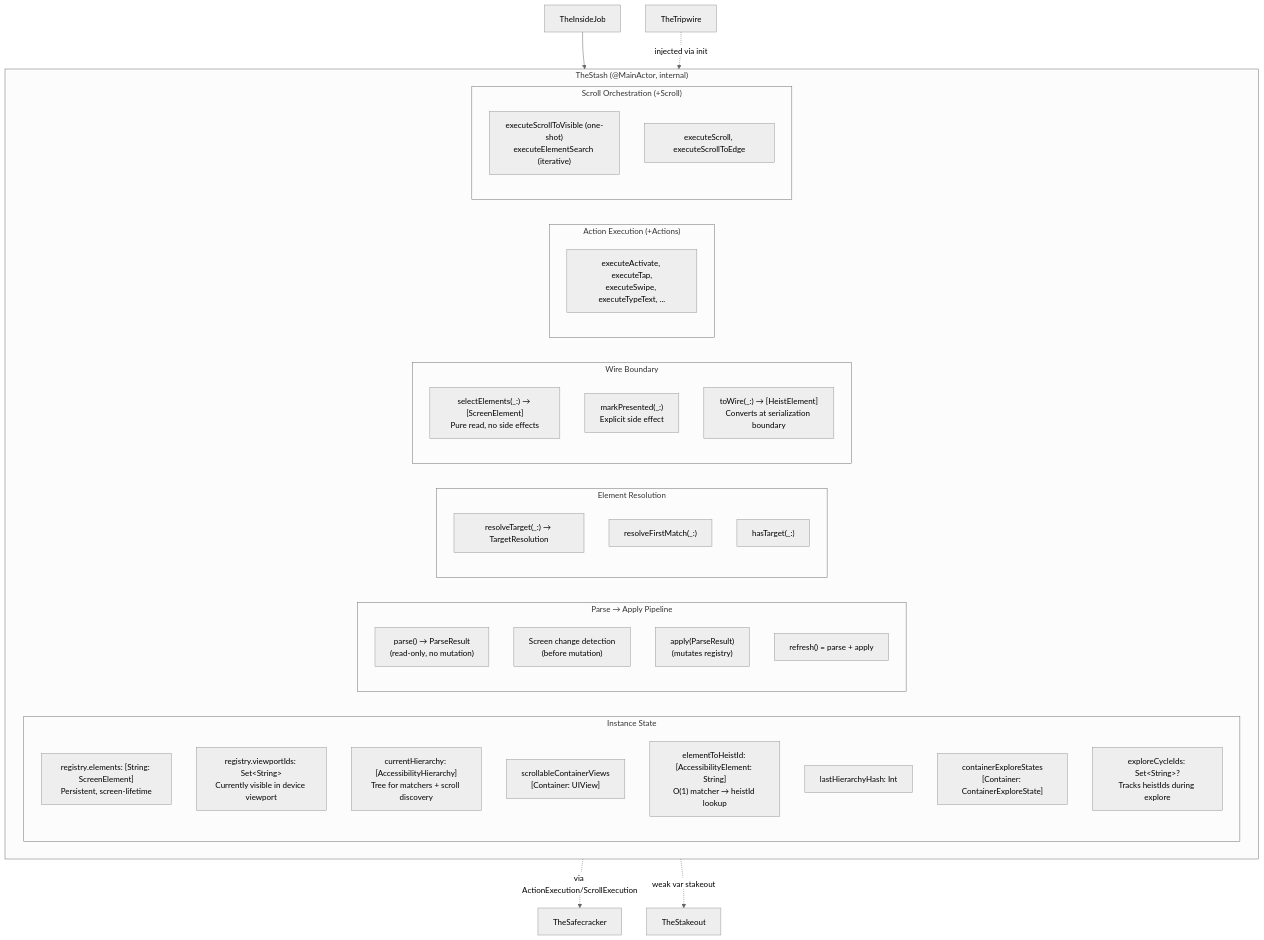
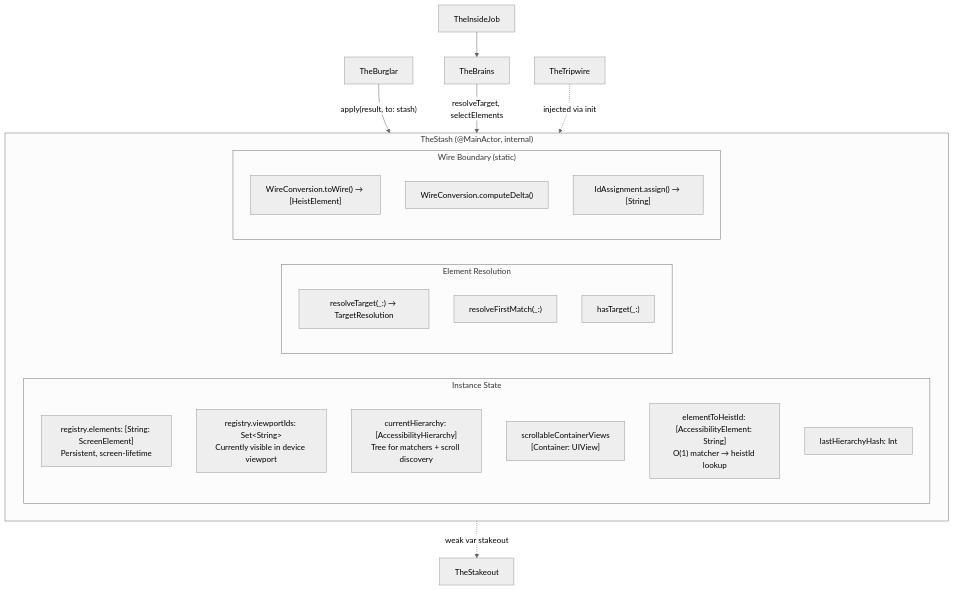
The second of 4 diagrams in docs/dossiers/13-THESTASH.md (RoyalPineapple/TheButtonHeist), drawn with Mermaid (neutral theme) before and after one commit. The commit also changed other lines of this file and 13 other files, not shown here.

````diff
--- a/docs/dossiers/13-THESTASH.md
+++ b/docs/dossiers/13-THESTASH.md
@@ -66,48 +78,31 @@
 ```mermaid
 graph TD
     subgraph TheStash["TheStash (@MainActor, internal)"]
         subgraph Stores["Instance State"]
             Registry["registry.elements: [String: ScreenElement]<br/>Persistent, screen-lifetime"]
             Viewport["registry.viewportIds: Set&lt;String&gt;<br/>Currently visible in device viewport"]
             Hierarchy["currentHierarchy: [AccessibilityHierarchy]<br/>Tree for matchers + scroll discovery"]
             ScrollViews["scrollableContainerViews<br/>[Container: UIView]"]
             ReverseIdx["elementToHeistId: [AccessibilityElement: String]<br/>O(1) matcher → heistId lookup"]
             Hash["lastHierarchyHash: Int"]
-            ContainerCache["containerExploreStates<br/>[Container: ContainerExploreState]"]
-            ExploreCycle["exploreCycleIds: Set&lt;String&gt;?<br/>Tracks heistIds during explore"]
-        end
-
-        subgraph Pipeline["Parse → Apply Pipeline"]
-            Parse["parse() → ParseResult<br/>(read-only, no mutation)"]
-            Detect["Screen change detection<br/>(before mutation)"]
-            Apply["apply(ParseResult)<br/>(mutates registry)"]
-            Refresh["refresh() = parse + apply"]
         end
 
         subgraph Resolution["Element Resolution"]
             ResolveTarget["resolveTarget(_:) → TargetResolution"]
             ResolveFirstMatch["resolveFirstMatch(_:)"]
             HasTarget["hasTarget(_:)"]
         end
 
-        subgraph Wire["Wire Boundary"]
-            Select["selectElements(_:) → [ScreenElement]<br/>Pure read, no side effects"]
-            Mark["markPresented(_:)<br/>Explicit side effect"]
-            ToWire["toWire(_:) → [HeistElement]<br/>Converts at serialization boundary"]
-        end
-
-        subgraph Actions["Action Execution (+Actions)"]
-            Activate["executeActivate, executeTap,<br/>executeSwipe, executeTypeText, ..."]
-        end
-
-        subgraph Scrolling["Scroll Orchestration (+Scroll)"]
-            ScrollVis["executeScrollToVisible (one-shot)<br/>executeElementSearch (iterative)"]
-            ScrollCmd["executeScroll, executeScrollToEdge"]
+        subgraph Wire["Wire Boundary (static)"]
+            ToWire["WireConversion.toWire() → [HeistElement]"]
+            Delta["WireConversion.computeDelta()"]
+            IDs["IdAssignment.assign() → [String]"]
         end
     end
 
-    TheInsideJob["TheInsideJob"] --> TheStash
+    TheBurglar["TheBurglar"] -->|"apply(result, to: stash)"| TheStash
+    TheBrains["TheBrains"] -->|"resolveTarget, selectElements"| TheStash
+    TheInsideJob["TheInsideJob"] --> TheBrains
     TheTripwire["TheTripwire"] -.->|injected via init| TheStash
-    TheStash -.->|"via ActionExecution/ScrollExecution"| TheSafecracker["TheSafecracker"]
     TheStash -.->|"weak var stakeout"| TheStakeout["TheStakeout"]
 ```
````
